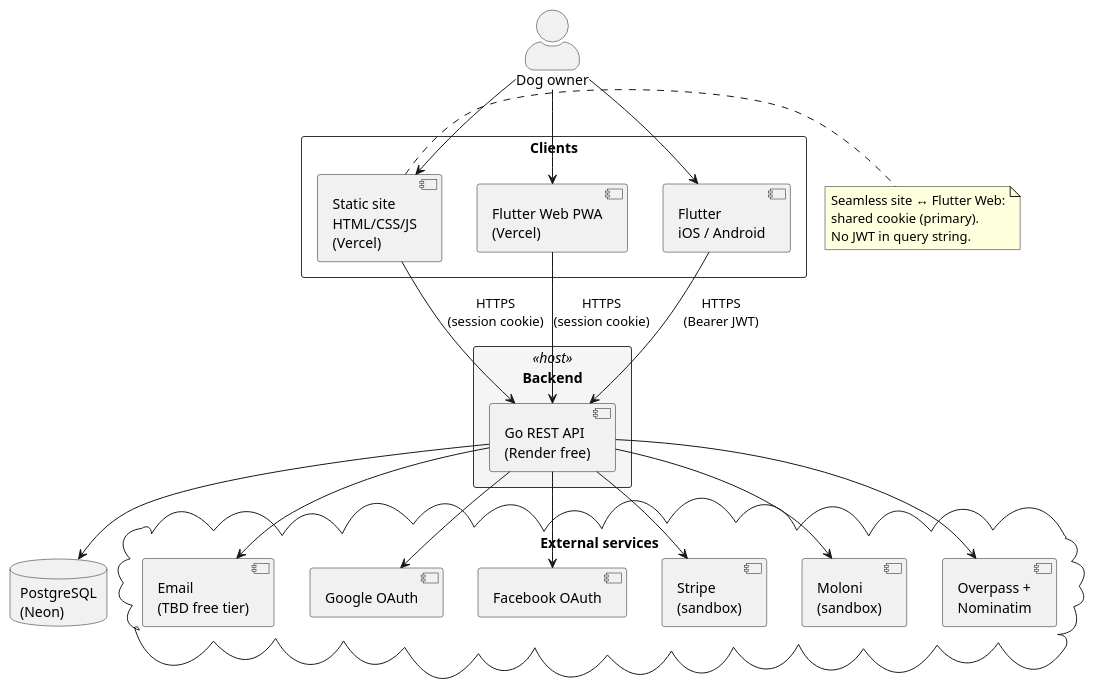
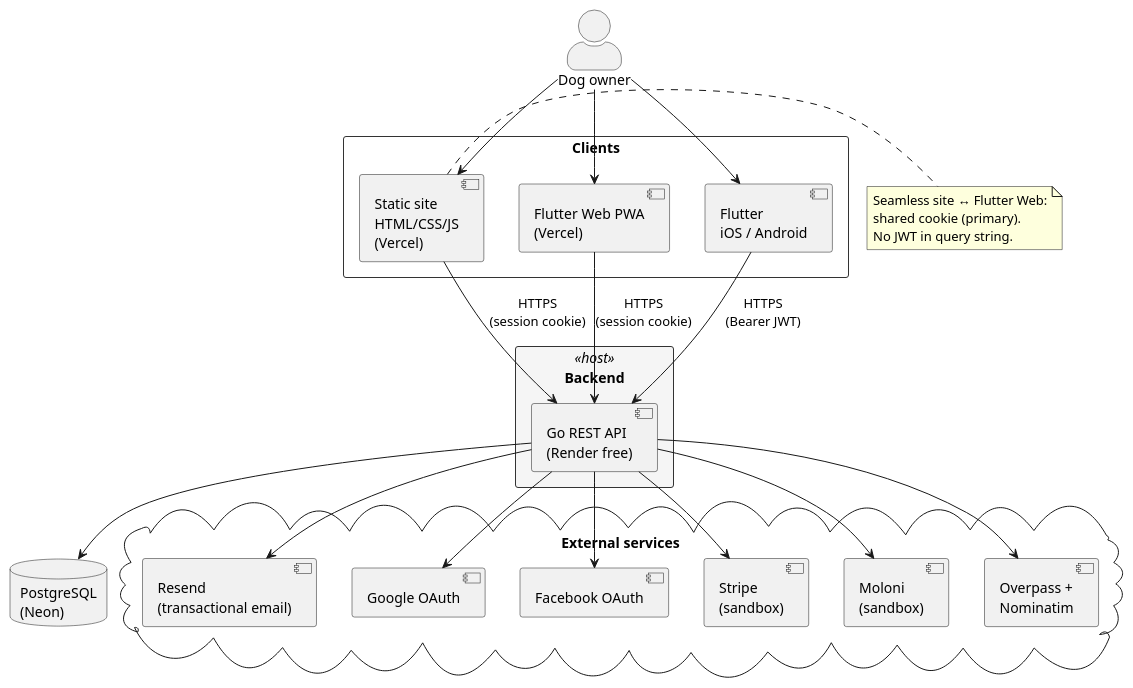
One commit to Jaime-1993/TheDoghouse changed the diagram in docs/diagrams/plantuml/08_context.puml. Above: the diagram before and after it, drawn with PlantUML. The commit also changed 7 other files, not shown here.

```diff
--- a/docs/diagrams/plantuml/08_context.puml
+++ b/docs/diagrams/plantuml/08_context.puml
@@ -1,56 +1,56 @@
 @startuml
 skinparam shadowing false
 skinparam backgroundColor white
 skinparam defaultFontName SansSerif
 skinparam rectangle {
   BackgroundColor<<host>> #F5F5F5
   BorderColor #333333
 }
 skinparam actorStyle awesome
 
 actor "Dog owner" as User
 
 rectangle "Clients" {
   component "Static site\nHTML/CSS/JS\n(Vercel)" as Site
   component "Flutter Web PWA\n(Vercel)" as FlutterWeb
   component "Flutter\niOS / Android" as FlutterNative
 }
 
 rectangle "Backend" <<host>> {
   component "Go REST API\n(Render free)" as API
 }
 
 database "PostgreSQL\n(Neon)" as DB
 
 cloud "External services" {
-  component "Email\n(TBD free tier)" as Email
+  component "Resend\n(transactional email)" as Email
   component "Google OAuth" as Google
   component "Facebook OAuth" as Facebook
   component "Stripe\n(sandbox)" as Stripe
   component "Moloni\n(sandbox)" as Moloni
   component "Overpass +\nNominatim" as OSM
 }
 
 User --> Site
 User --> FlutterWeb
 User --> FlutterNative
 
 Site --> API : HTTPS\n(session cookie)
 FlutterWeb --> API : HTTPS\n(session cookie)
 FlutterNative --> API : HTTPS\n(Bearer JWT)
 
 API --> DB
 API --> Email
 API --> Google
 API --> Facebook
 API --> Stripe
 API --> Moloni
 API --> OSM
 
 note right of Site
   Seamless site ↔ Flutter Web:
   shared cookie (primary).
   No JWT in query string.
 end note
 
 @enduml
```
